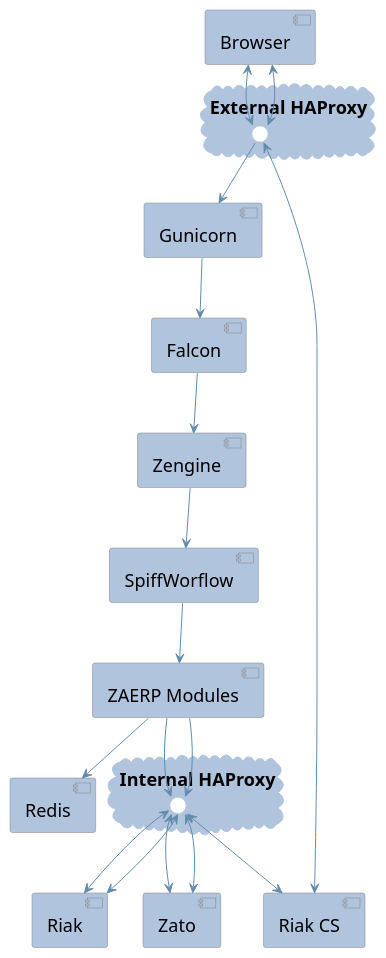
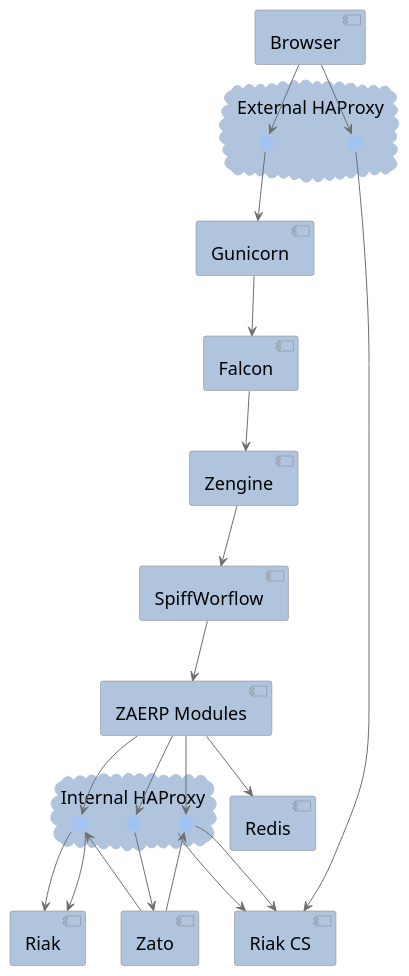
Before and after one commit to zetaops/ulakbus: the diagram in docs/diagrams/components.puml, drawn with PlantUML. The commit also changed 4 other files, not shown here.

Commit message:
more diagram work

```diff
--- a/docs/diagrams/components.puml
+++ b/docs/diagrams/components.puml
@@ -1,66 +1,74 @@
 @startuml
 skinparam componentStyle uml2
-'skinparam monochrome true
-
 skinparam Interface{
-BackgroundColor #ffffff
+BackgroundColor #a0c4ef
 BorderColor #b0c4de
+shadowing false
 }
 skinparam Cloud{
-
 FontSize 18
+FontStyle normal
 BackgroundColor #b0c4de
 BorderColor #b0c4de
 }
 skinparam component {
-  FontSize 18
-  InterfaceBackgroundColor LightBlue
-ArrowColor 638CAC
-
-
-  BorderColor gray
-  BackgroundColor #b0c4de
-  ArrowFontName Impact
-
-  ArrowFontColor #777777
+FontSize 18
+InterfaceBackgroundColor LightBlue
+ArrowColor #6E6E6E
+BorderColor gray
+BackgroundColor #b0c4de
 }
 
 [Browser] as brw
 cloud "External HAProxy" {
 interface " " as eha
+interface " " as eha_static
 }
 [Gunicorn] as gun
 [Falcon] as fal
 [Zengine] as zen
 [SpiffWorflow] as wfe
 [ZAERP Modules] as zaerp
 [Redis] as red
 
 [Riak] as riak
 [Riak CS] as rcs
 [Zato] as zato
 cloud "Internal HAProxy" {
-interface " " as iha
+interface " " as iha_r
+interface " " as iha_rcs
+interface " " as iha_z
 }
 
 
-brw <-down-> eha
-eha -down-> gun
-gun -down-> fal
-fal -down-> zen
-zen -down-> wfe
-wfe -down-> zaerp
-zaerp -down-> iha
-zaerp -down-> red
-zaerp -down-> iha
-iha <-down-> riak
-iha <-down-> riak
-iha <-down-> rcs
-iha <-down-> zato
-iha <-down-> zato
-brw <-down-> eha
-eha <-down-> rcs
+brw -d-> eha
+eha -d-> gun
+gun -d-> fal
+fal -d-> zen
+zen -d-> wfe
+wfe -d-> zaerp
+zaerp -d-> red
+
+zaerp -d-> iha_z
+
+iha_z -> zato
+iha_rcs <-d- zato
+iha_r <-d- zato
+
+iha_r -d-> riak
+iha_r -d-> riak
+iha_rcs -d-> rcs
+iha_rcs -d-> rcs
+
+zaerp -d-> iha_rcs
+zaerp -d-> iha_r
+
+
+
+
+brw -d-> eha_static
+eha_static -d-> rcs
 
 
 
 @enduml
```
